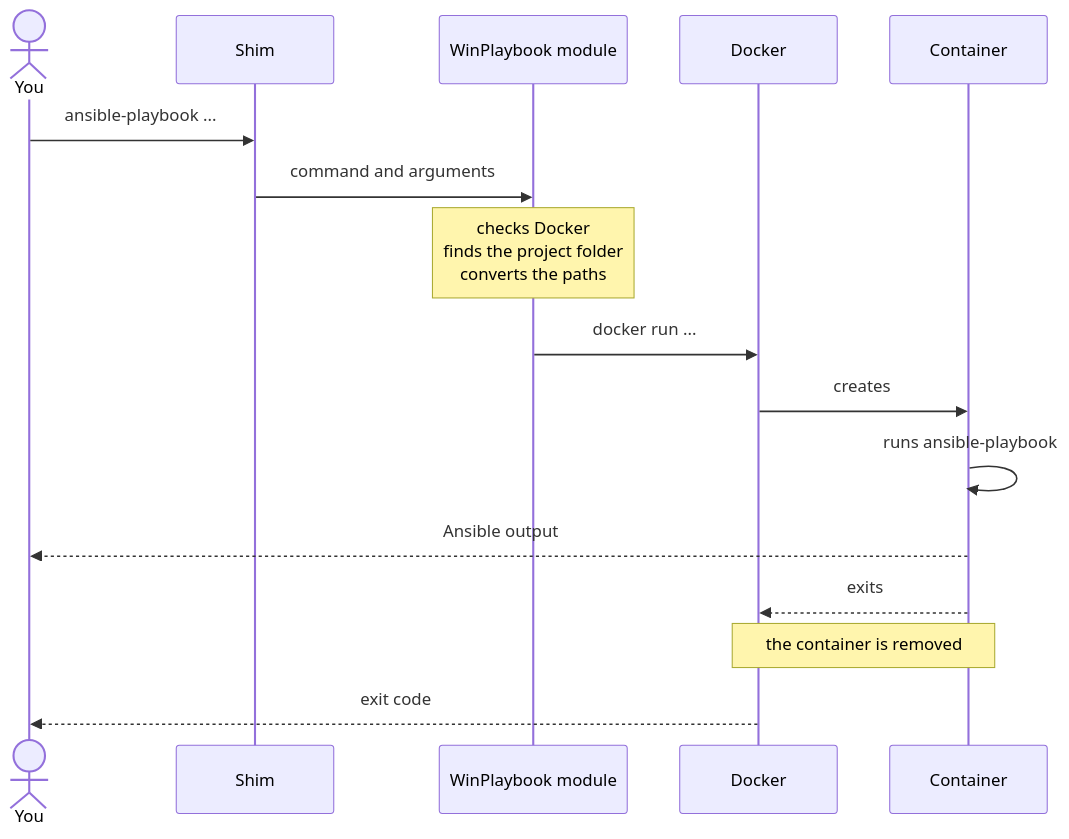
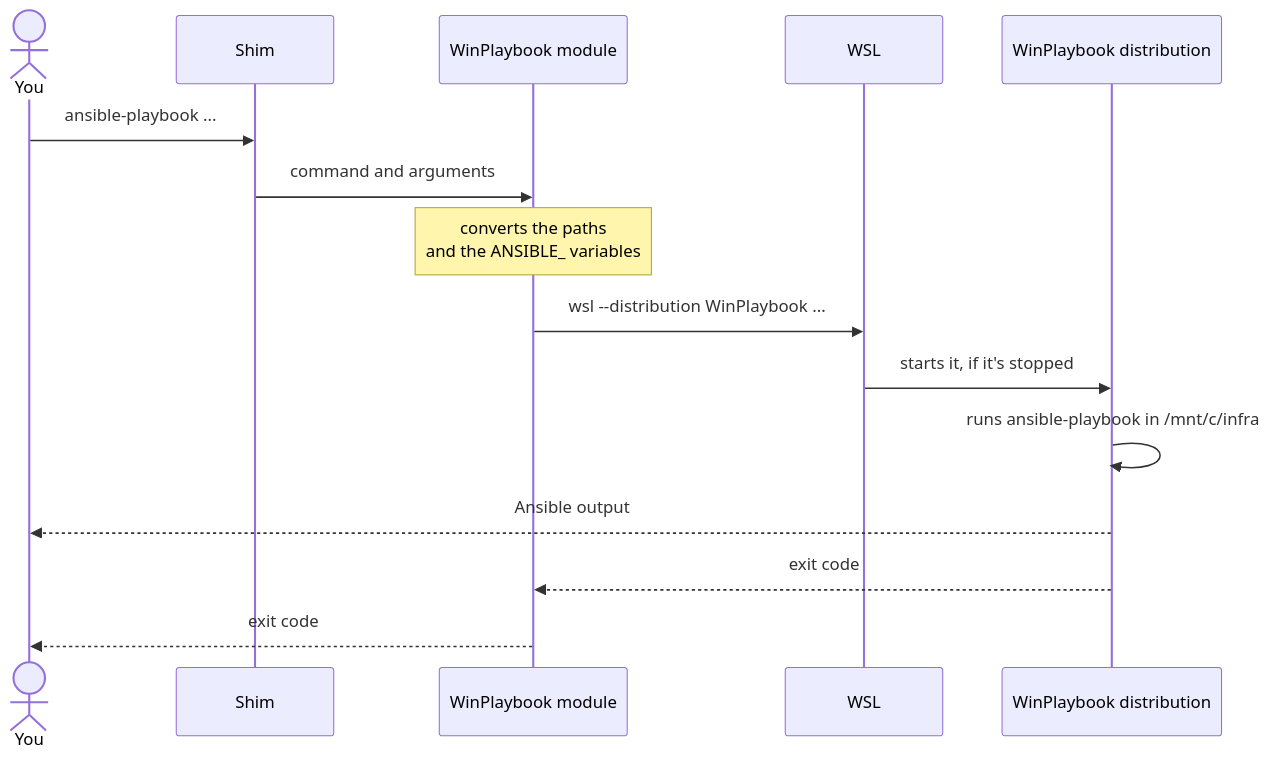
Before and after one commit to LeonardoSextare/WinPlaybook: the third of 3 diagrams in docs/en/how-it-works.md, drawn with Mermaid. The commit also changed other lines of this file and 1 other file, not shown here.

Commit message:
docs: explica como o WinPlaybook funciona com o WSL

````diff
--- a/docs/en/how-it-works.md
+++ b/docs/en/how-it-works.md
@@ -78,19 +115,18 @@
 ```mermaid
 sequenceDiagram
     actor user as You
     participant shim as Shim
     participant module as WinPlaybook module
-    participant docker as Docker
-    participant container as Container
+    participant wsl as WSL
+    participant distro as WinPlaybook distribution
 
     user->>shim: ansible-playbook ...
     shim->>module: command and arguments
-    Note over module: checks Docker<br/>finds the project folder<br/>converts the paths
-    module->>docker: docker run ...
-    docker->>container: creates
-    container->>container: runs ansible-playbook
-    container-->>user: Ansible output
-    container-->>docker: exits
-    Note over docker,container: the container is removed
-    docker-->>user: exit code
+    Note over module: converts the paths<br/>and the ANSIBLE_ variables
+    module->>wsl: wsl --distribution WinPlaybook ...
+    wsl->>distro: starts it, if it's stopped
+    distro->>distro: runs ansible-playbook in /mnt/c/infra
+    distro-->>user: Ansible output
+    distro-->>module: exit code
+    module-->>user: exit code
 ```
````
